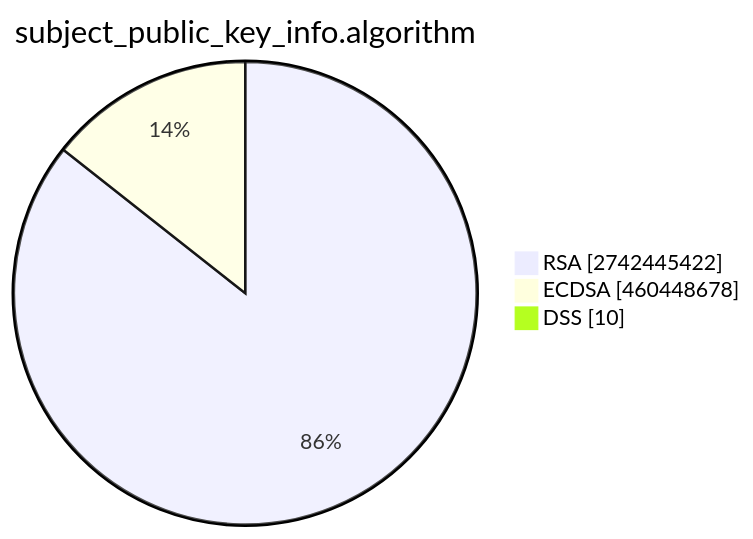
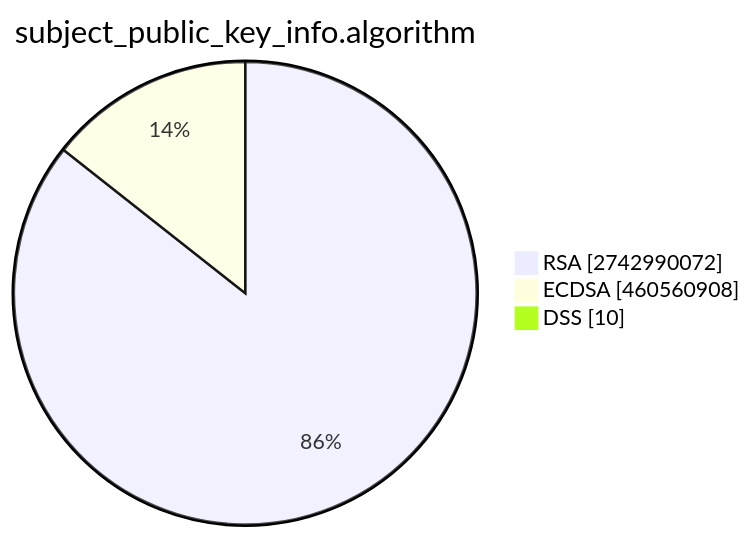
The second of 15 diagrams in TOTAL/README.md (christiankrug/ctmonitor_visualization), drawn with Mermaid before and after one commit. The commit also changed other lines of this file, not shown here.

````diff
--- a/TOTAL/README.md
+++ b/TOTAL/README.md
@@ -6,7 +6,7 @@
 ```mermaid
 pie showData
 title subject_public_key_info.algorithm
-"RSA" :2742445422
-"ECDSA" :460448678
+"RSA" :2742990072
+"ECDSA" :460560908
 "DSS" :10
 ```
````
